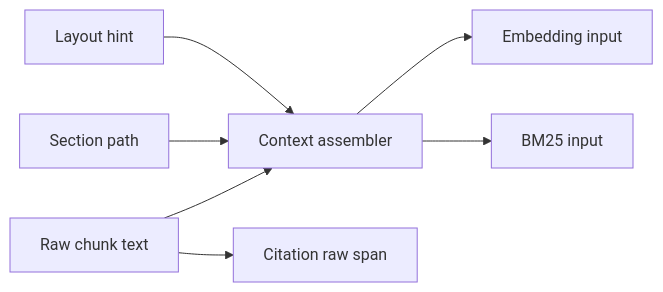
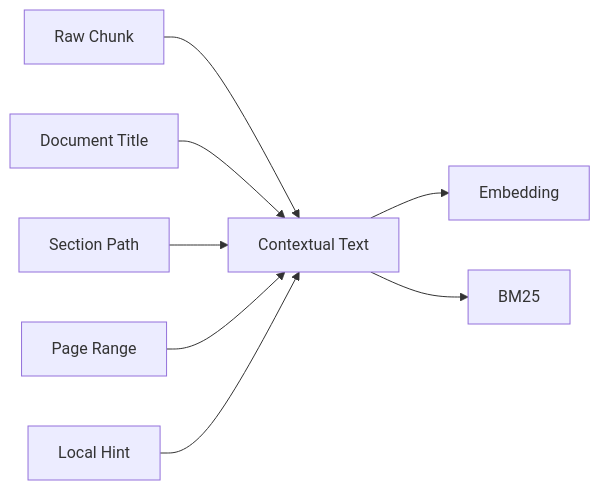
The fifth of 9 diagrams in docs/technical-spec.md (Sggggt/SymboGraph), drawn with Mermaid before and after one commit. The commit also changed other lines of this file, not shown here.

````diff
--- a/docs/technical-spec.md
+++ b/docs/technical-spec.md
@@ -345,9 +661,10 @@
 ```mermaid
 flowchart LR
-    CH["Raw chunk text"] --> CAT["Context assembler"]
-    SP["Section path"] --> CAT
-    LH["Layout hint"] --> CAT
-    CAT --> EMB["Embedding input"]
-    CAT --> BM["BM25 input"]
-    CH --> CIT["Citation raw span"]
+    CH["Raw Chunk"] --> CT["Contextual Text"]
+    DOC["Document Title"] --> CT
+    SP["Section Path"] --> CT
+    PG["Page Range"] --> CT
+    H["Local Hint"] --> CT
+    CT --> EMB["Embedding"]
+    CT --> BM["BM25"]
 ```
````
